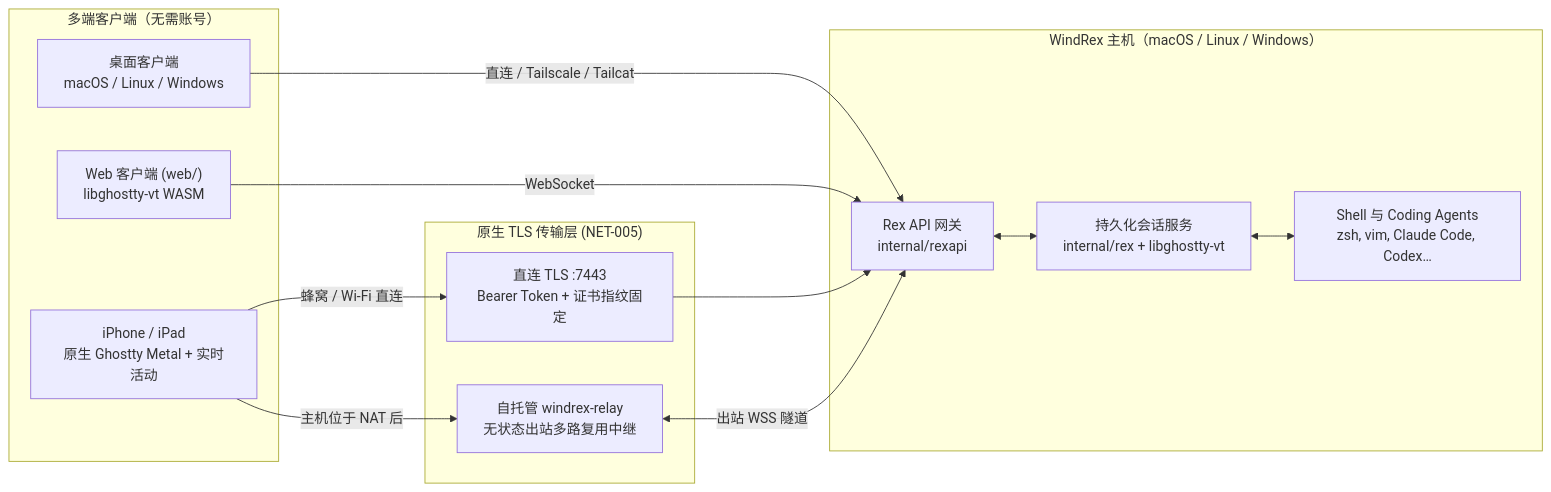
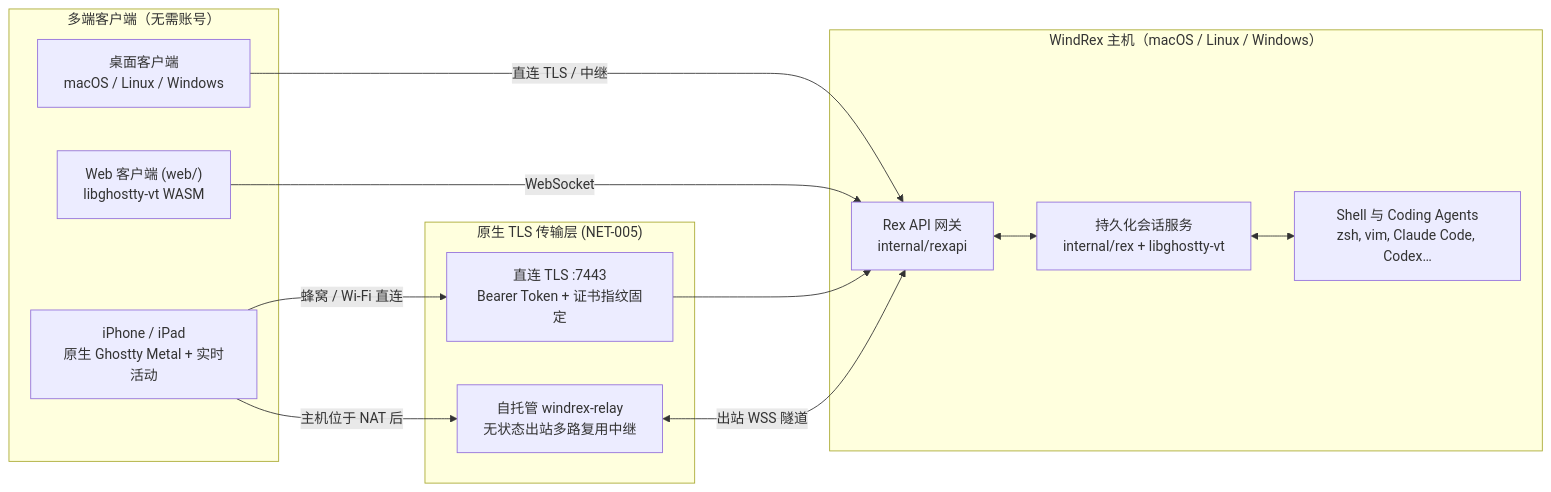
The diagram in README.zh-CN.md (windzu/wind-rex), drawn with Mermaid before and after one commit. The commit also changed other lines of this file and 167 other files, not shown here.

Commit message:
Remove built-in Tailscale, tailcat, and gomobile across Go, desktop, server, and web (#57)

````diff
--- a/README.zh-CN.md
+++ b/README.zh-CN.md
@@ -50,27 +50,27 @@
 ```mermaid
 flowchart LR
     subgraph Clients["多端客户端（无需账号）"]
         IOS["iPhone / iPad<br/>原生 Ghostty Metal + 实时活动"]
         MAC["桌面客户端<br/>macOS / Linux / Windows"]
         WEB["Web 客户端 (web/)<br/>libghostty-vt WASM"]
     end
 
     subgraph Transport["原生 TLS 传输层 (NET-005)"]
         DIRECT["直连 TLS :7443<br/>Bearer Token + 证书指纹固定"]
         RELAY["自托管 windrex-relay<br/>无状态出站多路复用中继"]
     end
 
     subgraph Host["WindRex 主机（macOS / Linux / Windows）"]
         GW["Rex API 网关<br/>internal/rexapi"]
         SRV["持久化会话服务<br/>internal/rex + libghostty-vt"]
         SH["Shell 与 Coding Agents<br/>zsh, vim, Claude Code, Codex…"]
         GW <--> SRV <--> SH
     end
 
     IOS -->|蜂窝 / Wi-Fi 直连| DIRECT
     IOS -->|主机位于 NAT 后| RELAY
-    MAC -->|直连 / Tailscale / Tailcat| GW
+    MAC -->|直连 TLS / 中继| GW
     WEB -->|WebSocket| GW
     DIRECT --> GW
     RELAY <-->|出站 WSS 隧道| GW
 ```
````
